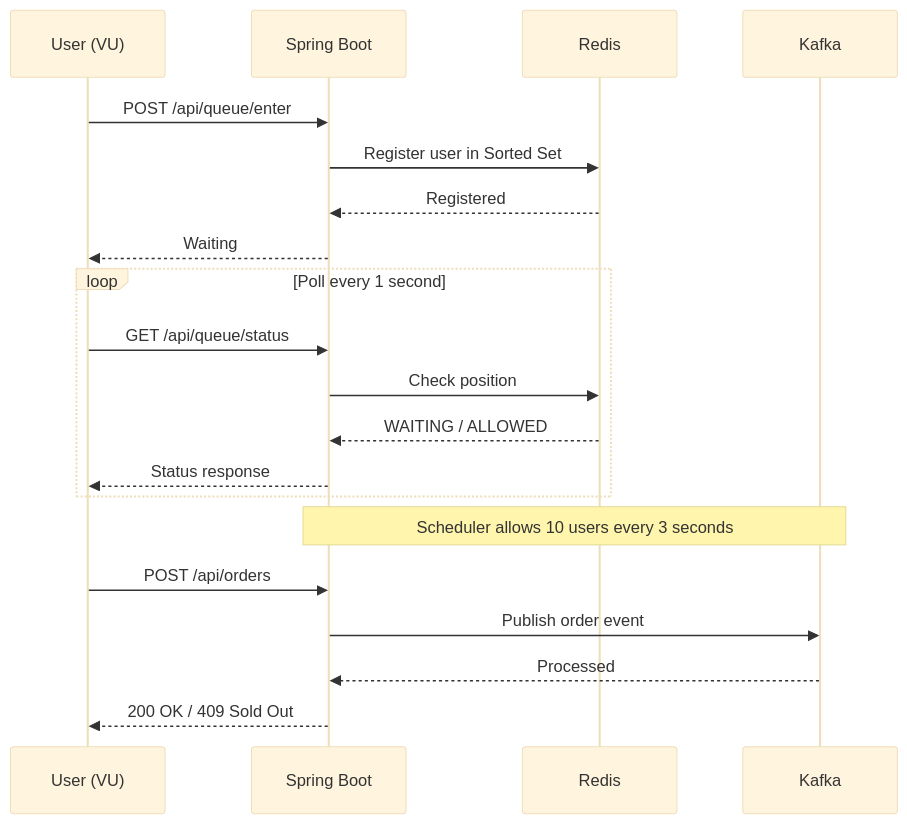
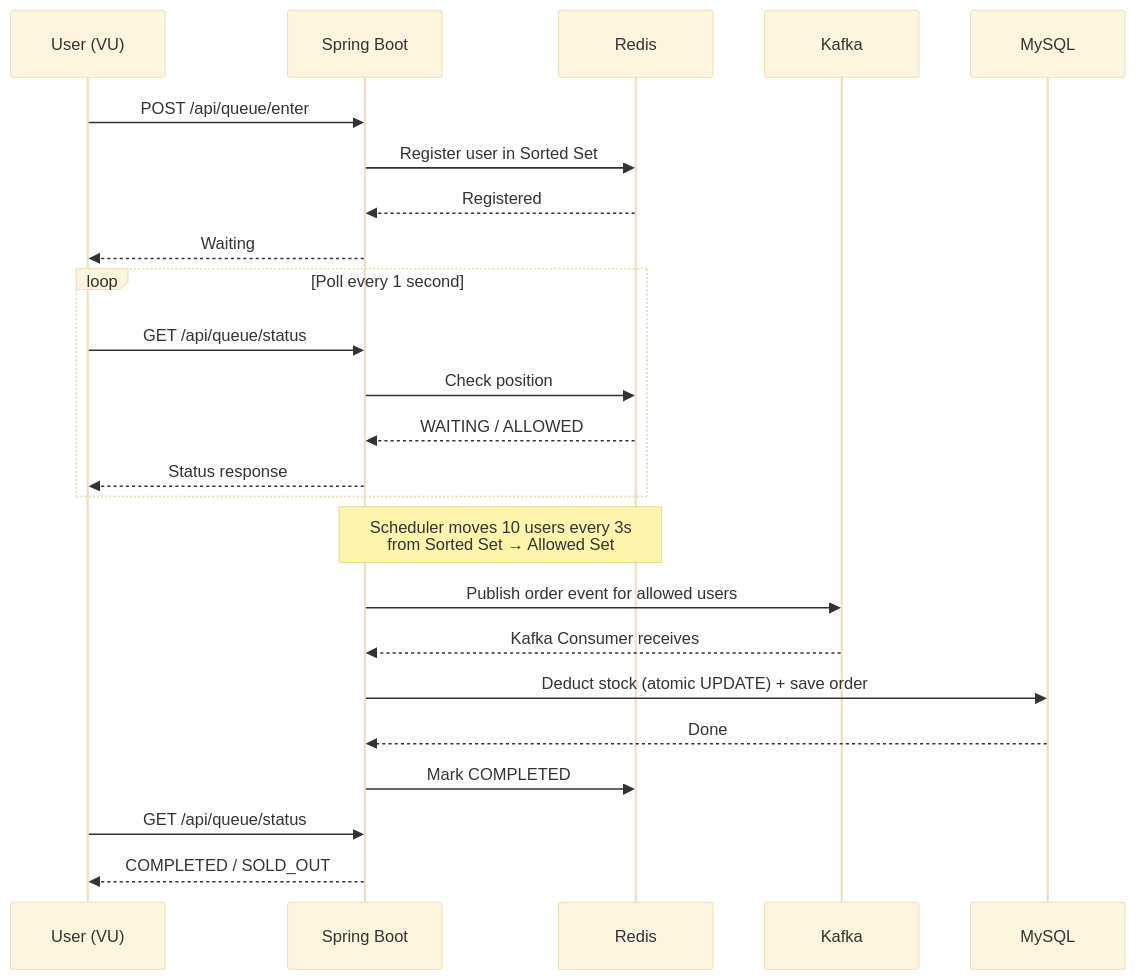
Before and after one commit to rhcwlq89/rhcwlq89.github.io: the third of 4 diagrams in src/content/blog/en/fcfs-load-test-comparison.md, drawn with Mermaid (base theme). The commit also changed other lines of this file and 1 other file, not shown here.

First line of the commit message:
fix: 8편 대기열·토큰 시퀀스 다이어그램을 실제 구현에 맞게 수정 (한/영)

````diff
--- a/src/content/blog/en/fcfs-load-test-comparison.md
+++ b/src/content/blog/en/fcfs-load-test-comparison.md
@@ -201,26 +201,31 @@
 ```mermaid
 sequenceDiagram
     participant U as User (VU)
     participant A as Spring Boot
     participant R as Redis
     participant K as Kafka
+    participant DB as MySQL
 
     U->>A: POST /api/queue/enter
     A->>R: Register user in Sorted Set
     R-->>A: Registered
     A-->>U: Waiting
 
     loop Poll every 1 second
         U->>A: GET /api/queue/status
         A->>R: Check position
         R-->>A: WAITING / ALLOWED
         A-->>U: Status response
     end
 
-    Note over A,K: Scheduler allows 10 users every 3 seconds
+    Note over A,R: Scheduler moves 10 users every 3s<br/>from Sorted Set → Allowed Set
 
-    U->>A: POST /api/orders
-    A->>K: Publish order event
-    K-->>A: Processed
-    A-->>U: 200 OK / 409 Sold Out
+    A->>K: Publish order event for allowed users
+    K-->>A: Kafka Consumer receives
+    A->>DB: Deduct stock (atomic UPDATE) + save order
+    DB-->>A: Done
+    A->>R: Mark COMPLETED
+
+    U->>A: GET /api/queue/status
+    A-->>U: COMPLETED / SOLD_OUT
 ```
````
